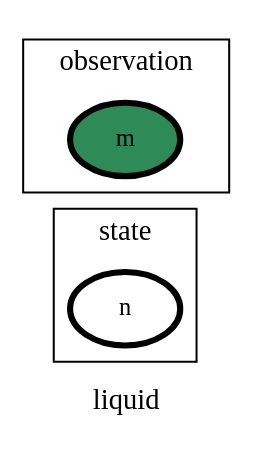
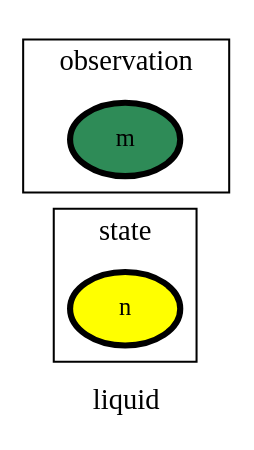
Before and after one commit to heinz-preisig/processes_distributed_no_interface_eqs: the diagram in ontology_graphs/graph__liquid.dot, drawn with Graphviz. The commit also changed 29 other files, not shown here.

```diff
--- a/ontology_graphs/graph__liquid.dot
+++ b/ontology_graphs/graph__liquid.dot
@@ -1,81 +1,81 @@
 digraph liquid {
 label=liquid;
 rankdir=LR;
 subgraph cluster_liquid___transport {
 label=transport;
 rankdir=LR;
 }
 
 subgraph cluster_liquid___geometry {
 label=geometry;
 rankdir=LR;
 }
 
 subgraph cluster_liquid___properties {
 label=properties;
 rankdir=LR;
 }
 
 subgraph cluster_liquid___network {
 label=network;
 rankdir=LR;
 }
 
 subgraph cluster_liquid___differenceOperator {
 label=differenceOperator;
 rankdir=LR;
 }
 
 subgraph cluster_liquid___frame {
 label=frame;
 rankdir=LR;
 }
 
 subgraph cluster_liquid___state {
 label=state;
 rankdir=LR;
-V_1 [fillcolor=white, fontsize=12, label=n, penwidth=3, style=filled];
+V_1 [fillcolor=yellow, fontsize=12, label=n, penwidth=3, style=filled];
 }
 
 subgraph cluster_liquid___constant {
 label=constant;
 rankdir=LR;
 }
 
 subgraph cluster_liquid___effort {
 label=effort;
 rankdir=LR;
 }
 
 subgraph cluster_liquid___secondaryState {
 label=secondaryState;
 rankdir=LR;
 }
 
 subgraph cluster_liquid___conversion {
 label=conversion;
 rankdir=LR;
 }
 
 subgraph cluster_liquid___diffState {
 label=diffState;
 rankdir=LR;
 }
 
 subgraph cluster_liquid___internalTransport {
 label=internalTransport;
 rankdir=LR;
 }
 
 subgraph cluster_liquid___controlInput {
 label=controlInput;
 rankdir=LR;
 }
 
 subgraph cluster_liquid___observation {
 label=observation;
 rankdir=LR;
-V_4 [fillcolor=seagreen, fontsize=12, label=m, penwidth=3, style=filled];
+V_4 [fillcolor=seagreen4, fontsize=12, label=m, penwidth=3, style=filled];
 }
 
 }
```
